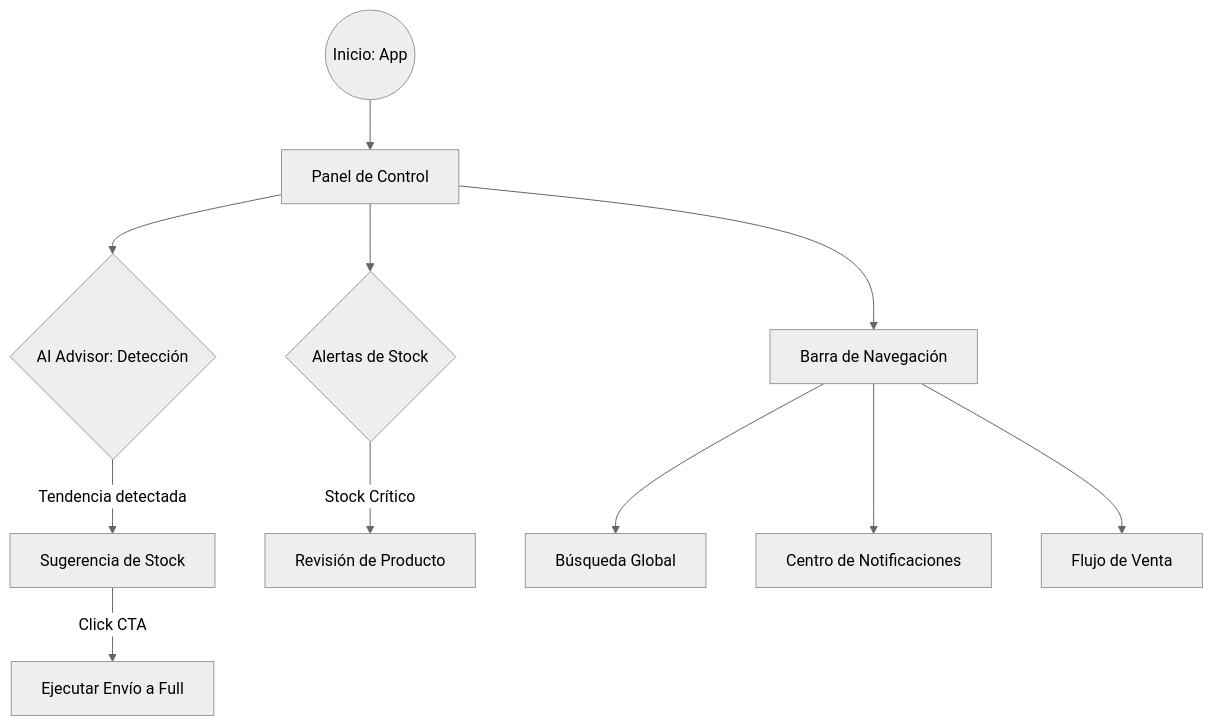
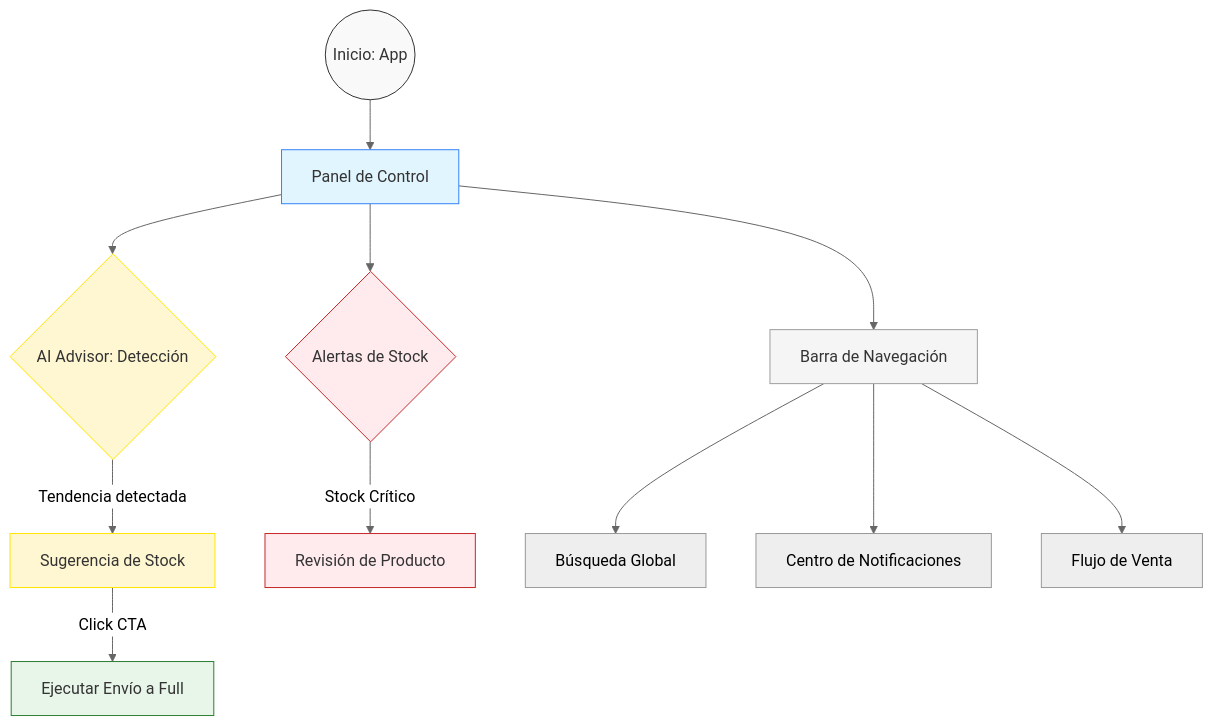
The diagram in docs/AUTODOC_USER_JOURNEYS.md (Srozasc/meli-seller-command-center), drawn with Mermaid (neutral theme) before and after one commit. The commit also changed other lines of this file and 3 other files, not shown here.

Commit message:
docs: improve contrast in Mermaid diagrams across all documents

````diff
--- a/docs/AUTODOC_USER_JOURNEYS.md
+++ b/docs/AUTODOC_USER_JOURNEYS.md
@@ -9,16 +7,25 @@
 ```mermaid
 graph TD
     Start((Inicio: App)) --> Dashboard[Panel de Control]
     
     Dashboard --> AI_Insight{AI Advisor: Detección}
     AI_Insight -- Tendencia detectada --> Suggestion[Sugerencia de Stock]
     Suggestion -- Click CTA --> Full_Action[Ejecutar Envío a Full]
     
     Dashboard --> Inventory_Alerts{Alertas de Stock}
     Inventory_Alerts -- Stock Crítico --> Detail_View[Revisión de Producto]
     
     Dashboard --> Persistent_Nav[Barra de Navegación]
     Persistent_Nav --> Search[Búsqueda Global]
     Persistent_Nav --> Notifications[Centro de Notificaciones]
     Persistent_Nav --> Selling[Flujo de Venta]
+
+    style Start fill:#f9f9f9,stroke:#333,color:#333
+    style Dashboard fill:#e1f5fe,stroke:#3483fa,color:#333
+    style AI_Insight fill:#fff7d1,stroke:#ffe600,color:#333
+    style Suggestion fill:#fff7d1,stroke:#ffe600,color:#333
+    style Full_Action fill:#e8f5e9,stroke:#2e7d32,color:#333
+    style Inventory_Alerts fill:#ffebee,stroke:#c62828,color:#333
+    style Detail_View fill:#ffebee,stroke:#c62828,color:#333
+    style Persistent_Nav fill:#f5f5f5,stroke:#9e9e9e,color:#333
 ```
````
